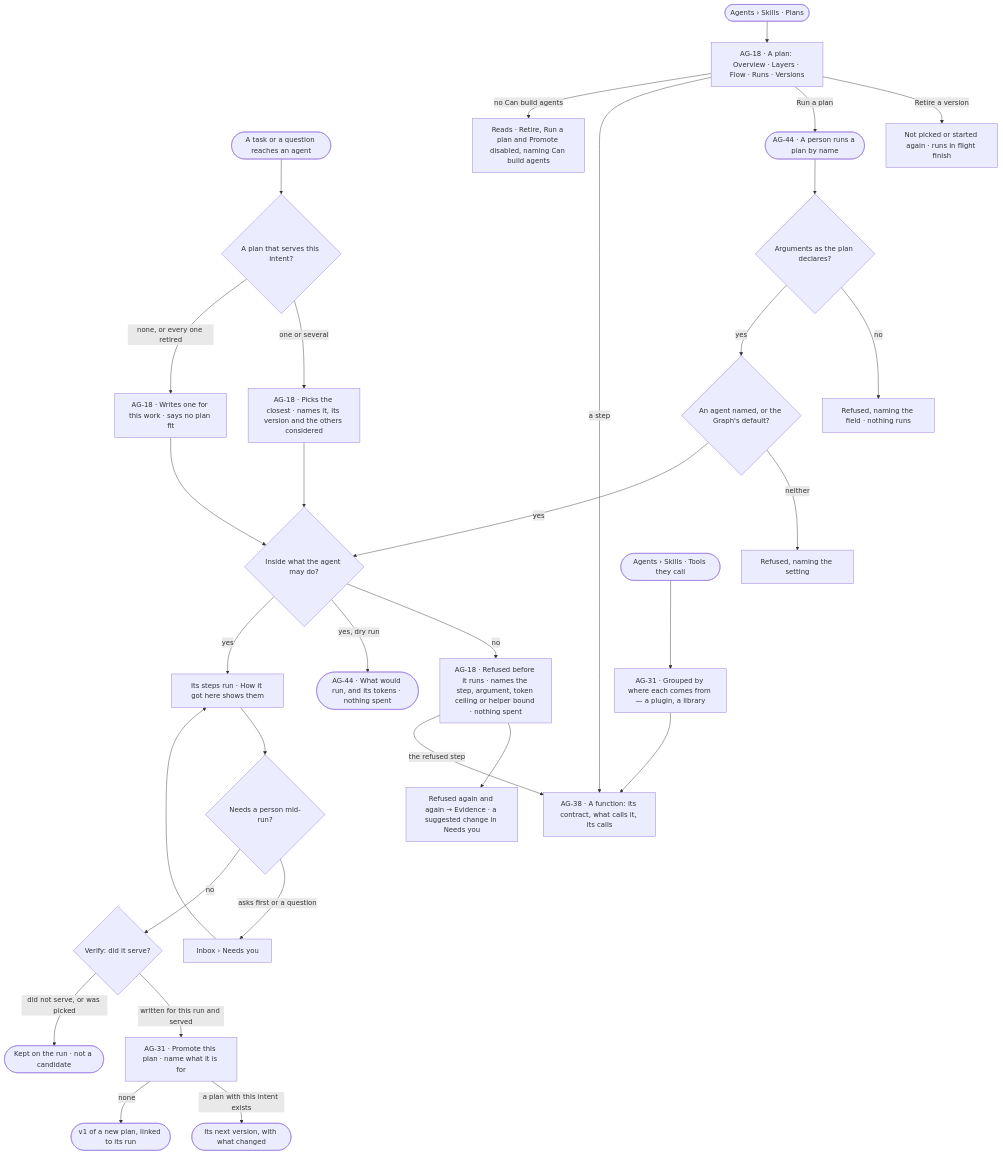
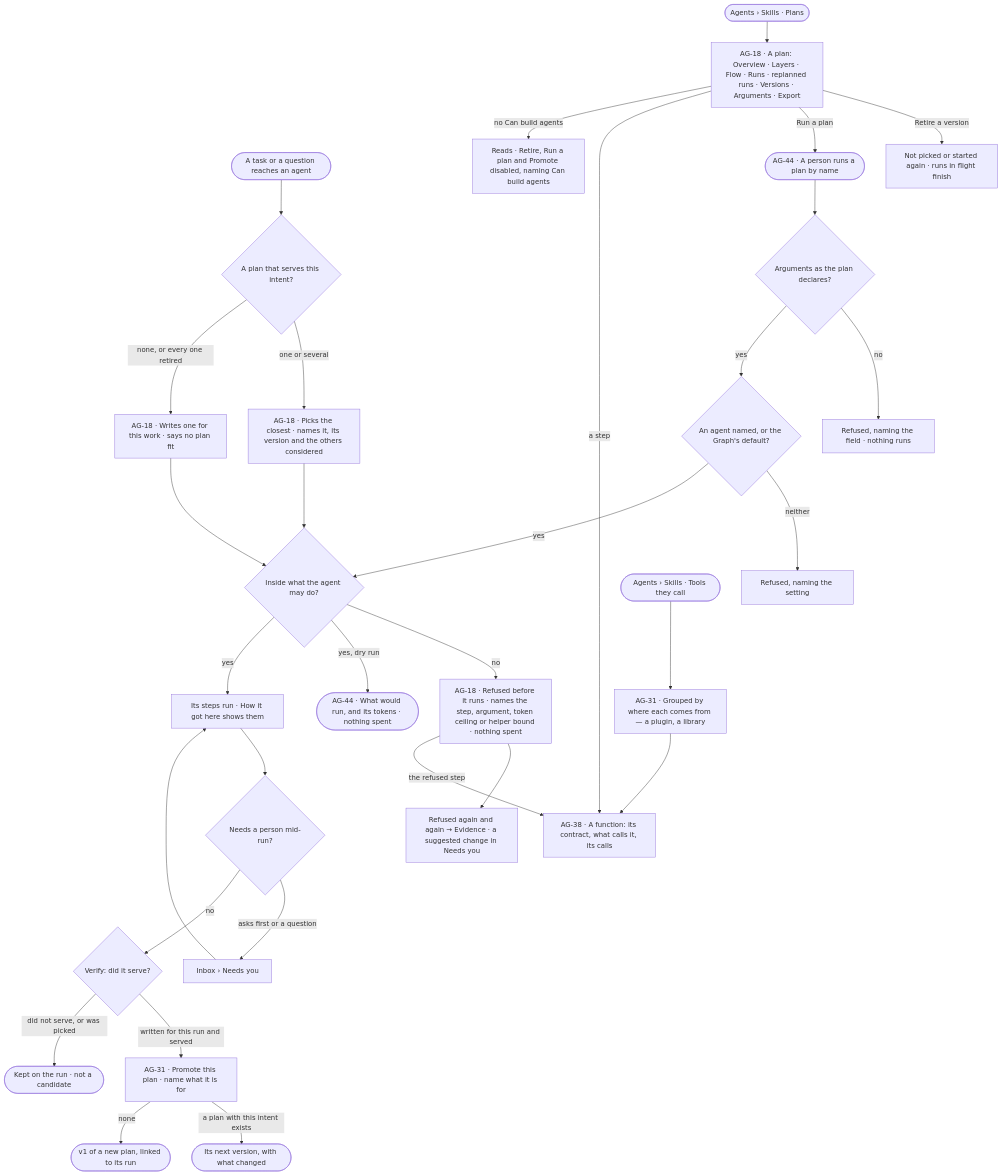
One commit to invana/invana changed the first of 2 diagrams in specs/capabilities/agents/features/AG-F06-plans-and-functions/feature.md. Above: the diagram before and after it, drawn with Mermaid. The commit also changed other lines of this file and 637 other files, not shown here.

````diff
--- a/specs/capabilities/agents/features/AG-F06-plans-and-functions/feature.md
+++ b/specs/capabilities/agents/features/AG-F06-plans-and-functions/feature.md
@@ -22,32 +23,32 @@
 ```mermaid
 flowchart TD
   ask([A task or a question reaches an agent]) --> pick{"A plan that serves this intent?"}
   pick -->|one or several| picked["AG-18 · Picks the closest · names it, its version and the others considered"]
   pick -->|none, or every one retired| wrote["AG-18 · Writes one for this work · says no plan fit"]
   hand([AG-44 · A person runs a plan by name]) --> args{"Arguments as the plan declares?"}
   args -->|no| argx["Refused, naming the field · nothing runs"]
   args -->|yes| agent{"An agent named, or the Graph's default?"}
   agent -->|neither| agx["Refused, naming the setting"]
   agent -->|yes| check
   picked --> check{"Inside what the agent may do?"}
   wrote --> check
   check -->|no| ref["AG-18 · Refused before it runs · names the step, argument, token ceiling or helper bound · nothing spent"]
   ref --> ev["Refused again and again → Evidence · a suggested change in Needs you"]
   check -->|yes, dry run| dry(["AG-44 · What would run, and its tokens · nothing spent"])
   check -->|yes| run["Its steps run · How it got here shows them"]
   run --> asks{"Needs a person mid-run?"}
   asks -->|asks first or a question| inbox["Inbox › Needs you"] --> run
   asks -->|no| verify{"Verify: did it serve?"}
   verify -->|written for this run and served| keep["AG-31 · Promote this plan · name what it is for"]
   keep -->|a plan with this intent exists| next(["Its next version, with what changed"])
   keep -->|none| v1(["v1 of a new plan, linked to its run"])
   verify -->|did not serve, or was picked| done(["Kept on the run · not a candidate"])
-  lib([Agents › Skills · Plans]) --> page["AG-18 · A plan: Overview · Layers · Flow · Runs · Versions"]
+  lib([Agents › Skills · Plans]) --> page["AG-18 · A plan: Overview · Layers · Flow · Runs · replanned runs · Versions · Arguments · Export"]
   page -->|Retire a version| ret["Not picked or started again · runs in flight finish"]
   page -->|Run a plan| hand
   page -->|a step| fn["AG-38 · A function: its contract, what calls it, its calls"]
   tools([Agents › Skills · Tools they call]) --> src["AG-31 · Grouped by where each comes from — a plugin, a library"]
   src --> fn
   ref -->|the refused step| fn
   page -->|no Can build agents| ro["Reads · Retire, Run a plan and Promote disabled, naming Can build agents"]
 ```
````
